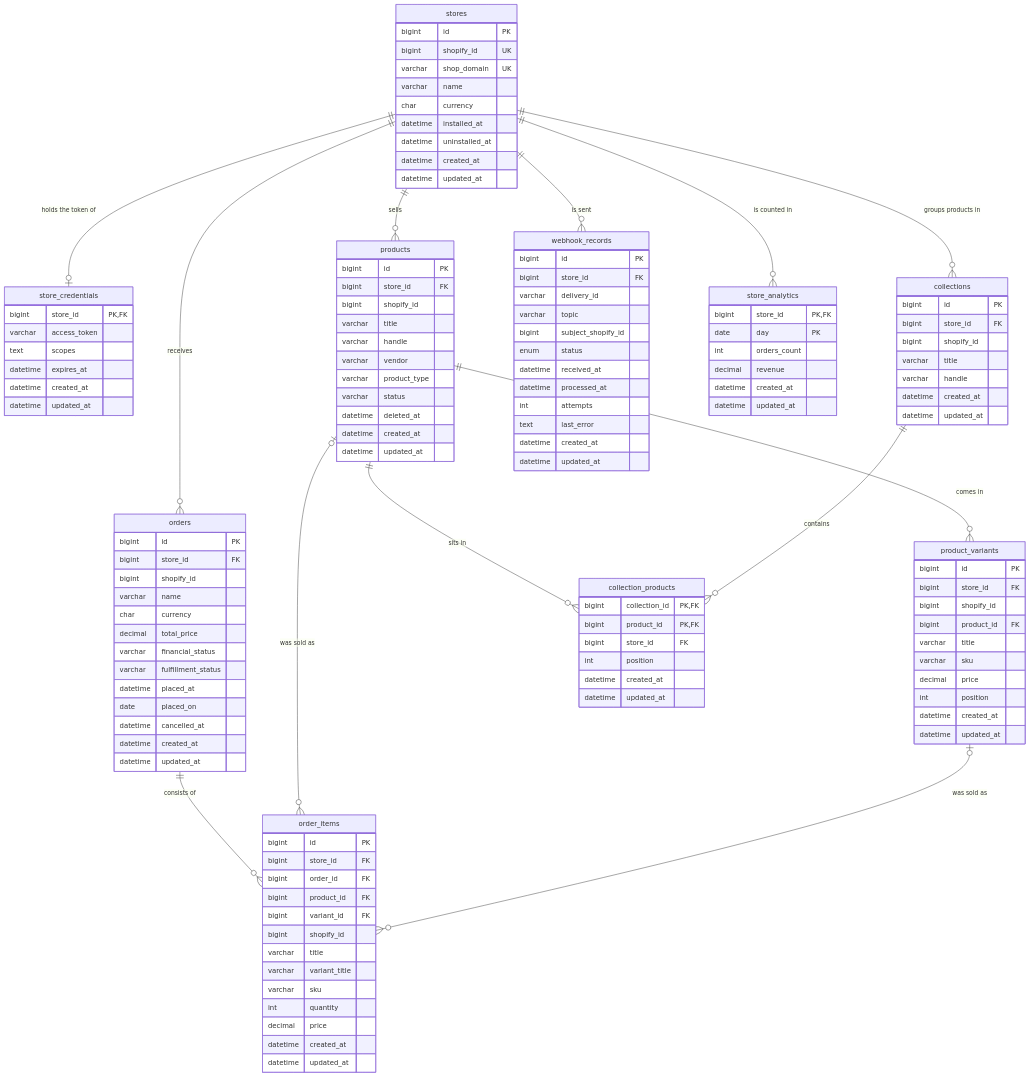
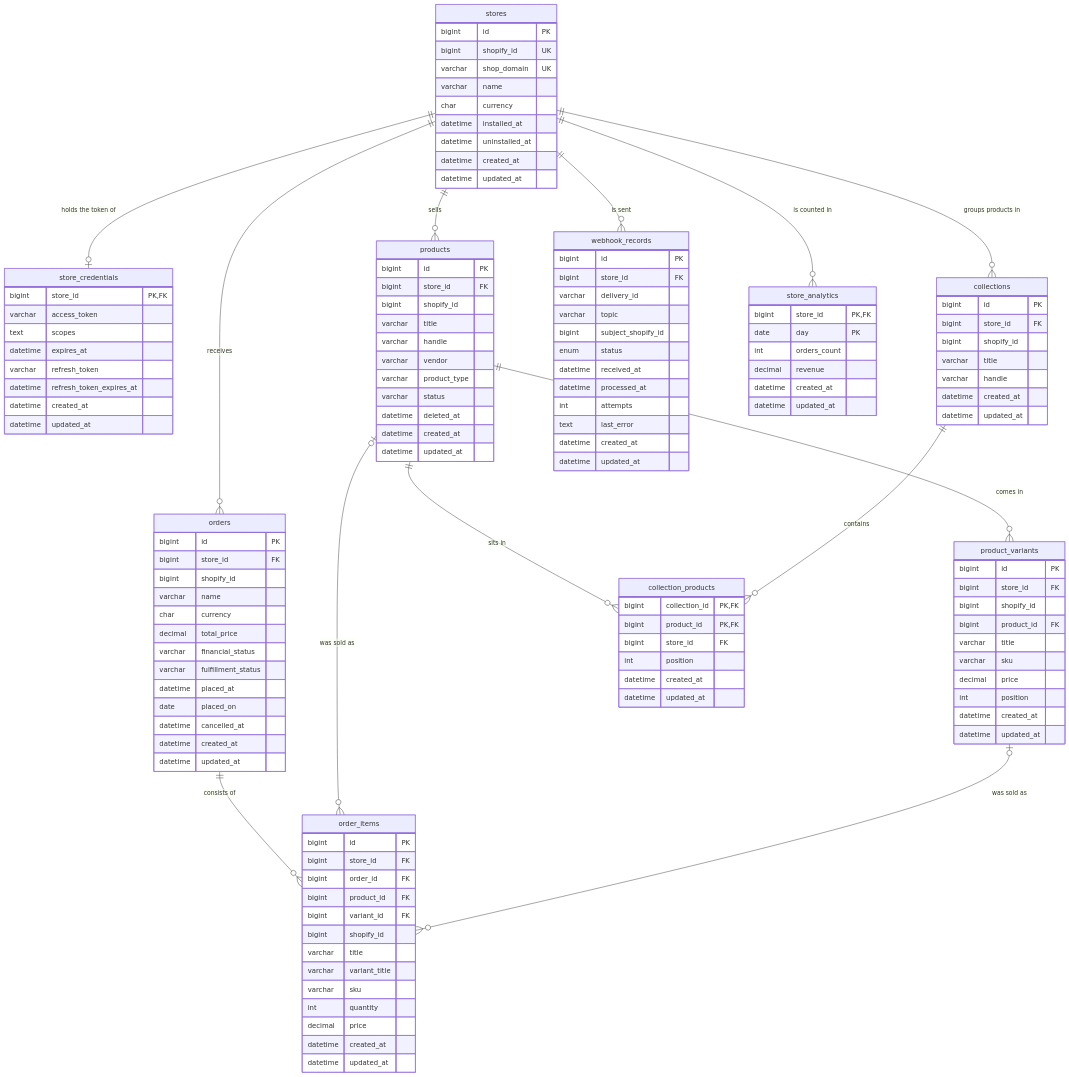
One commit to Buri1989/shopify-commerce-intelligence-platform changed the diagram in docs/phase-2/task-2.2-design.md. Above: the diagram before and after it, drawn with Mermaid. The commit also changed other lines of this file and 10 other files, not shown here.

Commit message:
Give the keys table its refresh token and both expiry times, all required, in three migration files

```diff
--- a/docs/phase-2/task-2.2-design.md
+++ b/docs/phase-2/task-2.2-design.md
@@ -332,6 +332,8 @@
         varchar access_token
         text scopes
         datetime expires_at
+        varchar refresh_token
+        datetime refresh_token_expires_at
         datetime created_at
         datetime updated_at
     }
```
